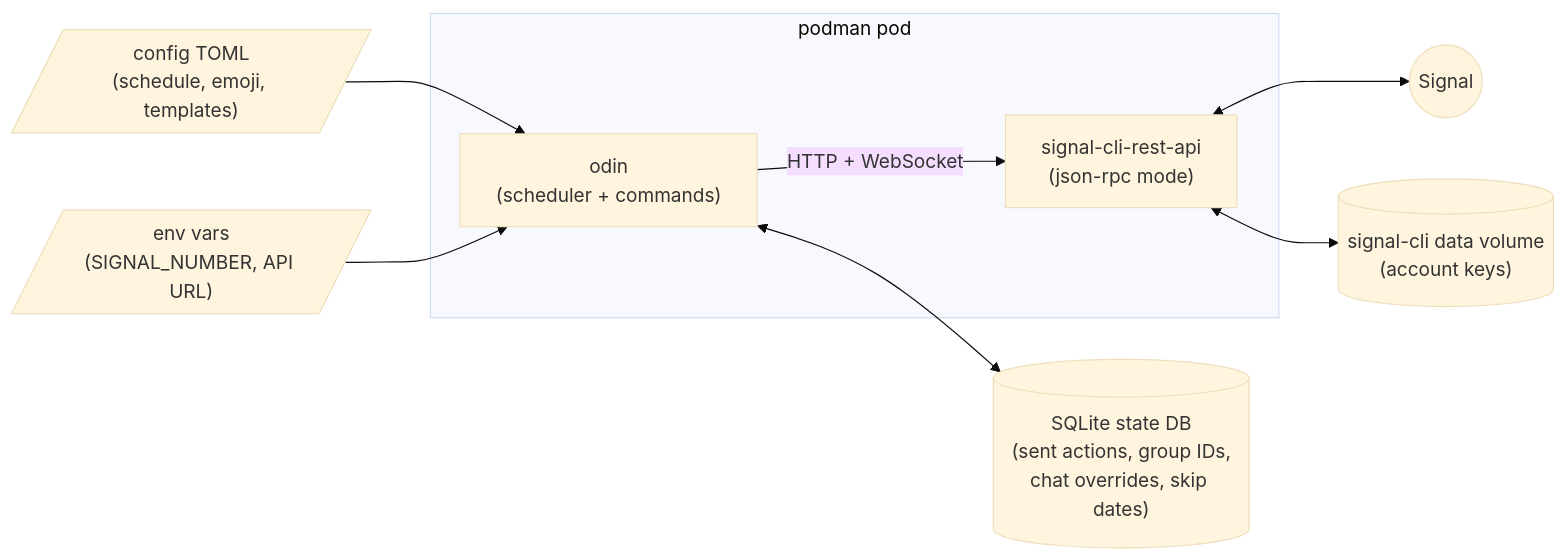
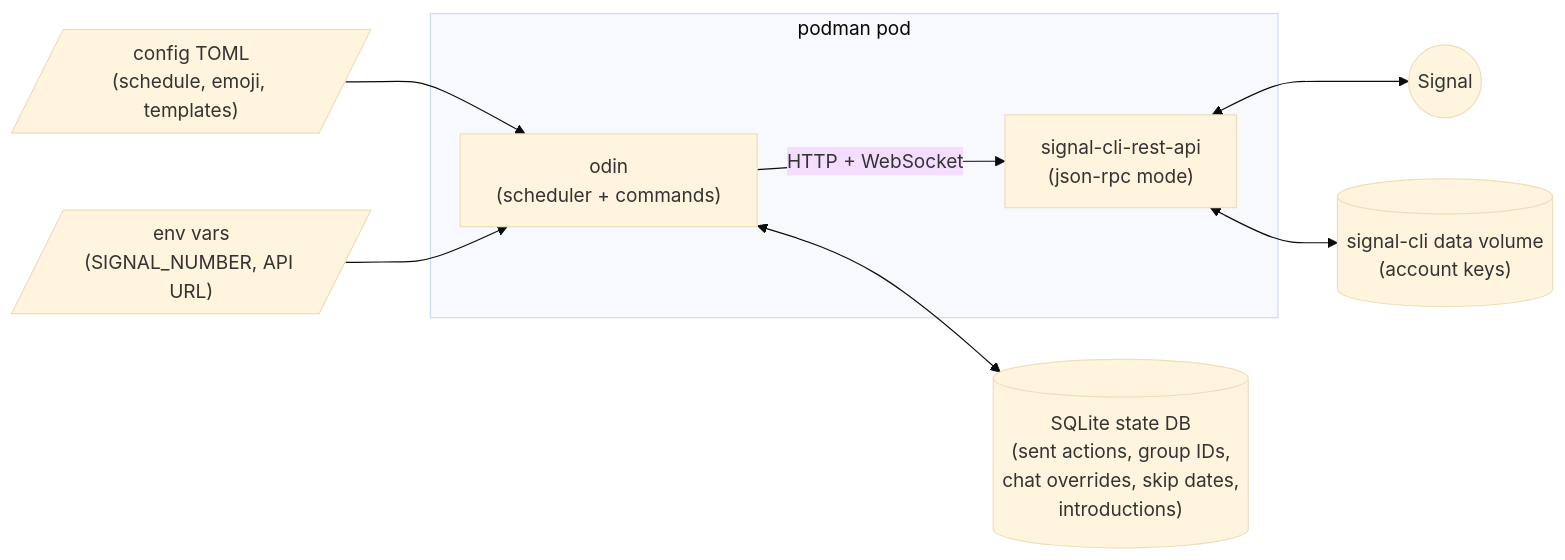
Before and after one commit to Emrys-Merlin/odin: the diagram in docs/explanation/architecture.md, drawn with Mermaid (base theme). The commit also changed 31 other files, not shown here.

First line of the commit message:
/introduce: ODIN introduces itself in the dinner group (#151)

````diff
--- a/docs/explanation/architecture.md
+++ b/docs/explanation/architecture.md
@@ -7,11 +7,11 @@
 ```mermaid
 flowchart LR
   subgraph pod["podman pod"]
     odin["odin<br/>(scheduler + commands)"] -- "HTTP + WebSocket" --> sidecar["signal-cli-rest-api<br/>(json-rpc mode)"]
   end
   sidecar <--> signal(("Signal"))
   config[/"config TOML<br/>(schedule, emoji, templates)"/] --> odin
   env[/"env vars<br/>(SIGNAL_NUMBER, API URL)"/] --> odin
-  odin <--> db[("SQLite state DB<br/>(sent actions, group IDs,<br/>chat overrides, skip dates)")]
+  odin <--> db[("SQLite state DB<br/>(sent actions, group IDs,<br/>chat overrides, skip dates,<br/>introductions)")]
   sidecar <--> vol[("signal-cli data volume<br/>(account keys)")]
 ```
````
